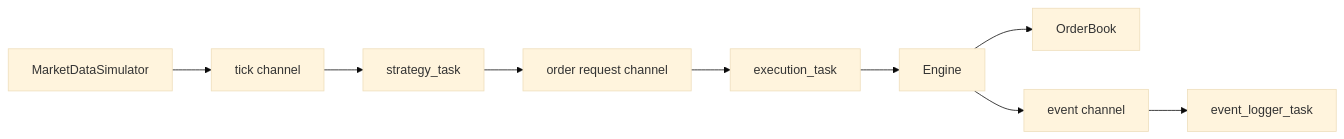
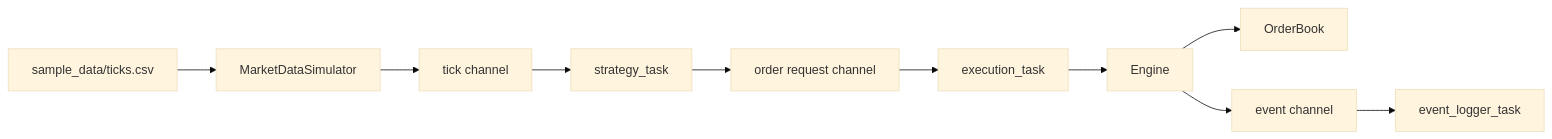
The first of 2 diagrams in README.md (g18278790880-byte/renaissance-backtest-engine), drawn with Mermaid (base theme) before and after one commit. The commit also changed other lines of this file, not shown here.

````diff
--- a/README.md
+++ b/README.md
@@ -70,11 +75,12 @@
 ```mermaid
 flowchart LR
-    Simulator[MarketDataSimulator] --> TickChannel[tick channel]
+    CSV[sample_data/ticks.csv] --> Simulator[MarketDataSimulator]
+    Simulator --> TickChannel[tick channel]
     TickChannel --> StrategyTask[strategy_task]
     StrategyTask --> OrderChannel[order request channel]
     OrderChannel --> ExecutionTask[execution_task]
     ExecutionTask --> Engine[Engine]
     Engine --> Book[OrderBook]
     Engine --> EventChannel[event channel]
     EventChannel --> Logger[event_logger_task]
 ```
````
